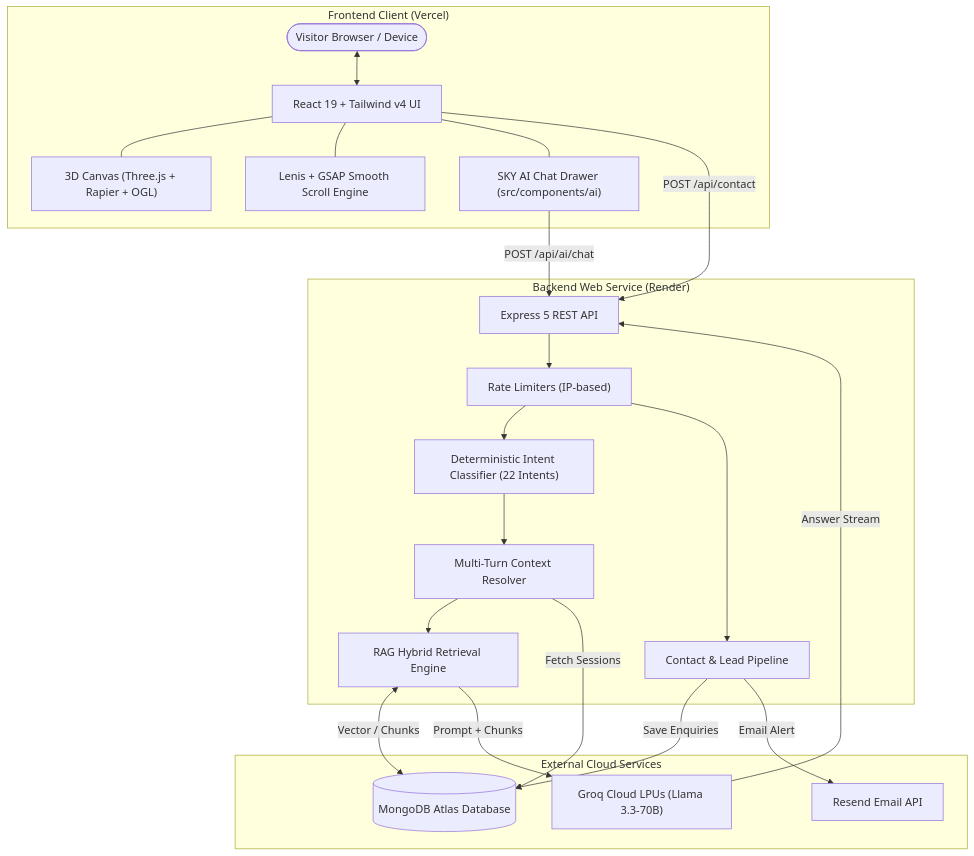
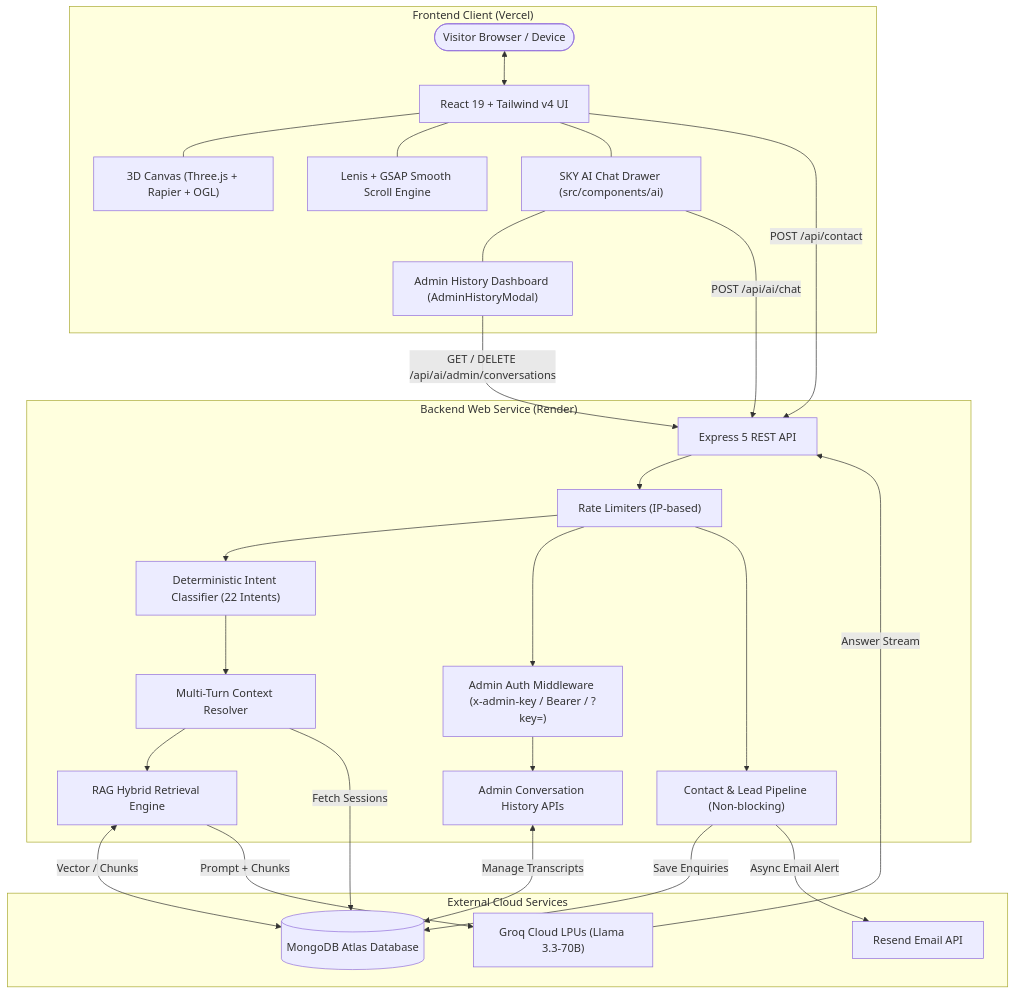
One commit to akashkumarhzb121-cloud/Portfolio changed the first of 3 diagrams in README.md. Above: the diagram before and after it, drawn with Mermaid. The commit also changed other lines of this file and 3 other files, not shown here.

Commit message:
enable dual scroll in admin history modal and update all README documentation

````diff
--- a/README.md
+++ b/README.md
@@ -39,48 +39,55 @@
 ```mermaid
 flowchart TD
     subgraph ClientLayer["Frontend Client (Vercel)"]
         Browser(["Visitor Browser / Device"])
         UI["React 19 + Tailwind v4 UI"]
         Canvas3D["3D Canvas (Three.js + Rapier + OGL)"]
         Scroll["Lenis + GSAP Smooth Scroll Engine"]
         ChatWidget["SKY AI Chat Drawer (src/components/ai)"]
+        AdminModal["Admin History Dashboard (AdminHistoryModal)"]
         
         Browser <--> UI
         UI --- Canvas3D
         UI --- Scroll
         UI --- ChatWidget
+        ChatWidget --- AdminModal
     end
 
     subgraph ServerLayer["Backend Web Service (Render)"]
         API["Express 5 REST API"]
         RateLimits["Rate Limiters (IP-based)"]
+        AdminAuth["Admin Auth Middleware (x-admin-key / Bearer / ?key=)"]
         IntentEngine["Deterministic Intent Classifier (22 Intents)"]
         ContextResolver["Multi-Turn Context Resolver"]
         HybridSearch["RAG Hybrid Retrieval Engine"]
-        ContactService["Contact & Lead Pipeline"]
+        ContactService["Contact & Lead Pipeline (Non-blocking)"]
+        AdminAPI["Admin Conversation History APIs"]
         
         API --> RateLimits
         RateLimits --> IntentEngine
+        RateLimits --> AdminAuth --> AdminAPI
         IntentEngine --> ContextResolver
         ContextResolver --> HybridSearch
         RateLimits --> ContactService
     end
 
     subgraph ExternalServices["External Cloud Services"]
         Mongo[("MongoDB Atlas Database")]
         Groq["Groq Cloud LPUs (Llama 3.3-70B)"]
         Resend["Resend Email API"]
     end
 
     ChatWidget -->|"POST /api/ai/chat"| API
+    AdminModal -->|"GET / DELETE /api/ai/admin/conversations"| API
     UI -->|"POST /api/contact"| API
     
     HybridSearch <-->|"Vector / Chunks"| Mongo
     ContactService -->|"Save Enquiries"| Mongo
+    AdminAPI <-->|"Manage Transcripts"| Mongo
     ContextResolver -->|"Fetch Sessions"| Mongo
     
     HybridSearch -->|"Prompt + Chunks"| Groq
     Groq -->|"Answer Stream"| API
     
-    ContactService -->|"Email Alert"| Resend
+    ContactService -->|"Async Email Alert"| Resend
 ```
````
